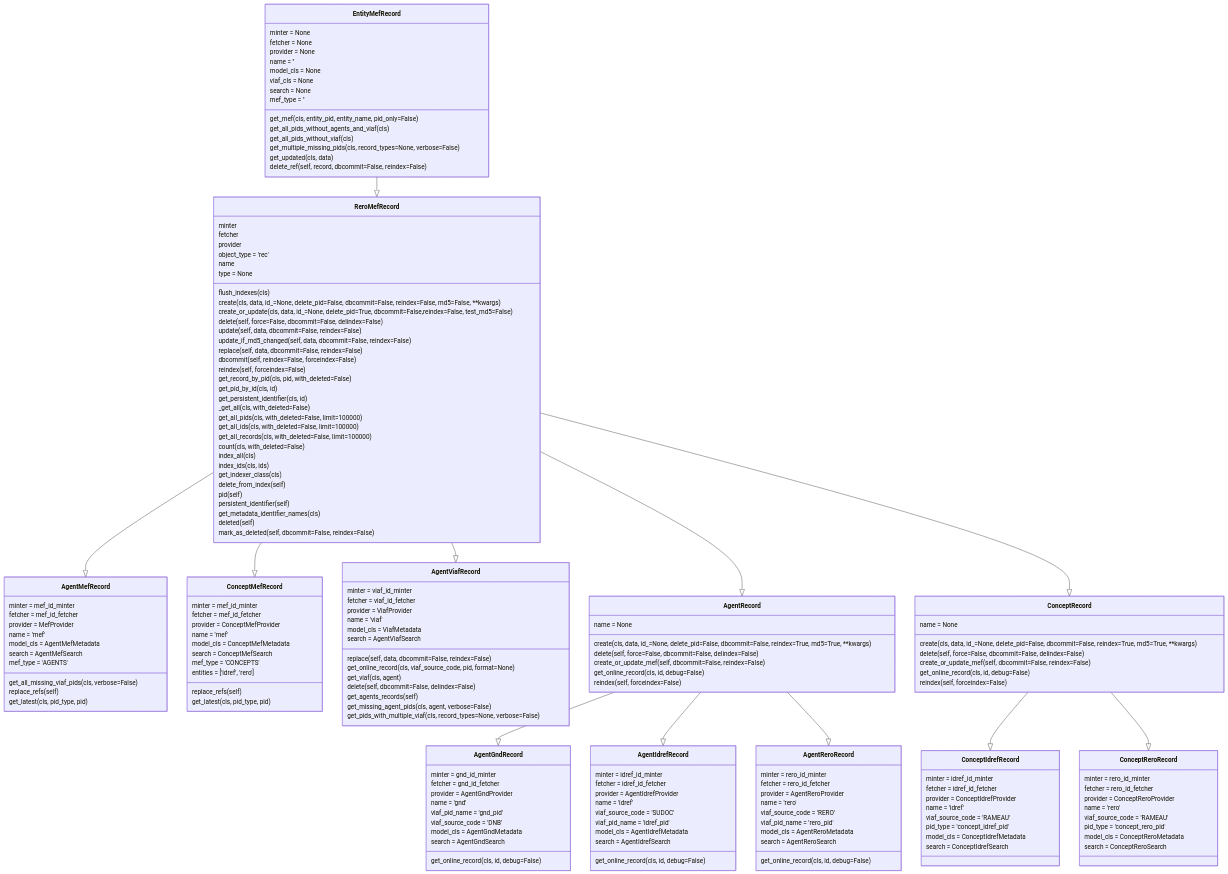
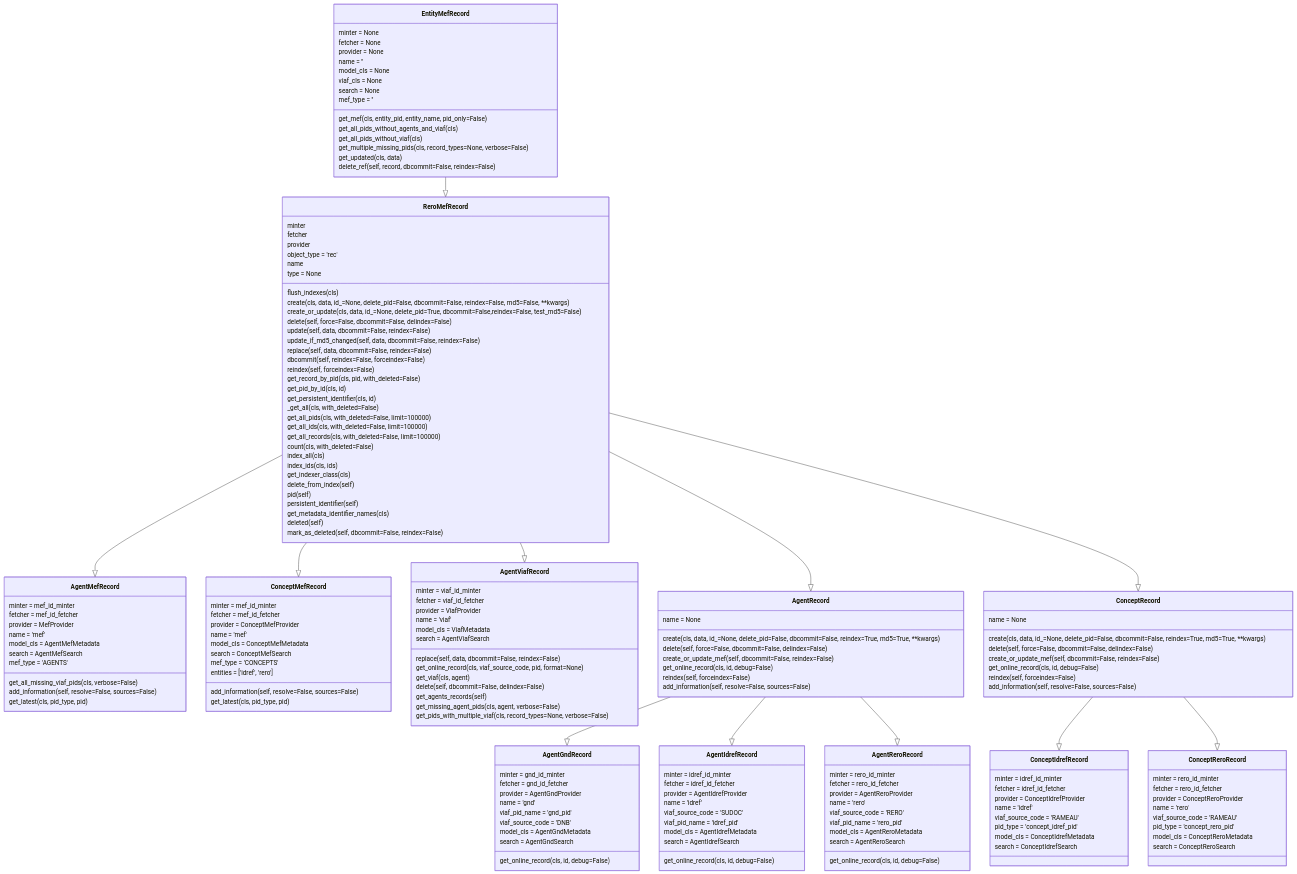
The diagram in classes.md (rero/rero-mef), drawn with Mermaid before and after one commit. The commit also changed 43 other files, not shown here.

```diff
--- a/classes.md
+++ b/classes.md
@@ -64,7 +64,7 @@
     search = AgentMefSearch
     mef_type = 'AGENTS'
     get_all_missing_viaf_pids(cls, verbose=False)
-    replace_refs(self)
+    add_information(self, resolve=False, sources=False)
     get_latest(cls, pid_type, pid)
 }
 
@@ -77,7 +77,7 @@
     search = ConceptMefSearch
     mef_type = 'CONCEPTS'
     entities = ['idref', 'rero']
-    replace_refs(self)
+    add_information(self, resolve=False, sources=False)
     get_latest(cls, pid_type, pid)
 }
 
@@ -104,6 +104,7 @@
     create_or_update_mef(self, dbcommit=False, reindex=False)
     get_online_record(cls, id, debug=False)
     reindex(self, forceindex=False)
+    add_information(self, resolve=False, sources=False)
 }
 
 class ConceptRecord{
@@ -113,6 +114,7 @@
     create_or_update_mef(self, dbcommit=False, reindex=False)
     get_online_record(cls, id, debug=False)
     reindex(self, forceindex=False)
+    add_information(self, resolve=False, sources=False)
 }
 
 class ConceptIdrefRecord {
```
